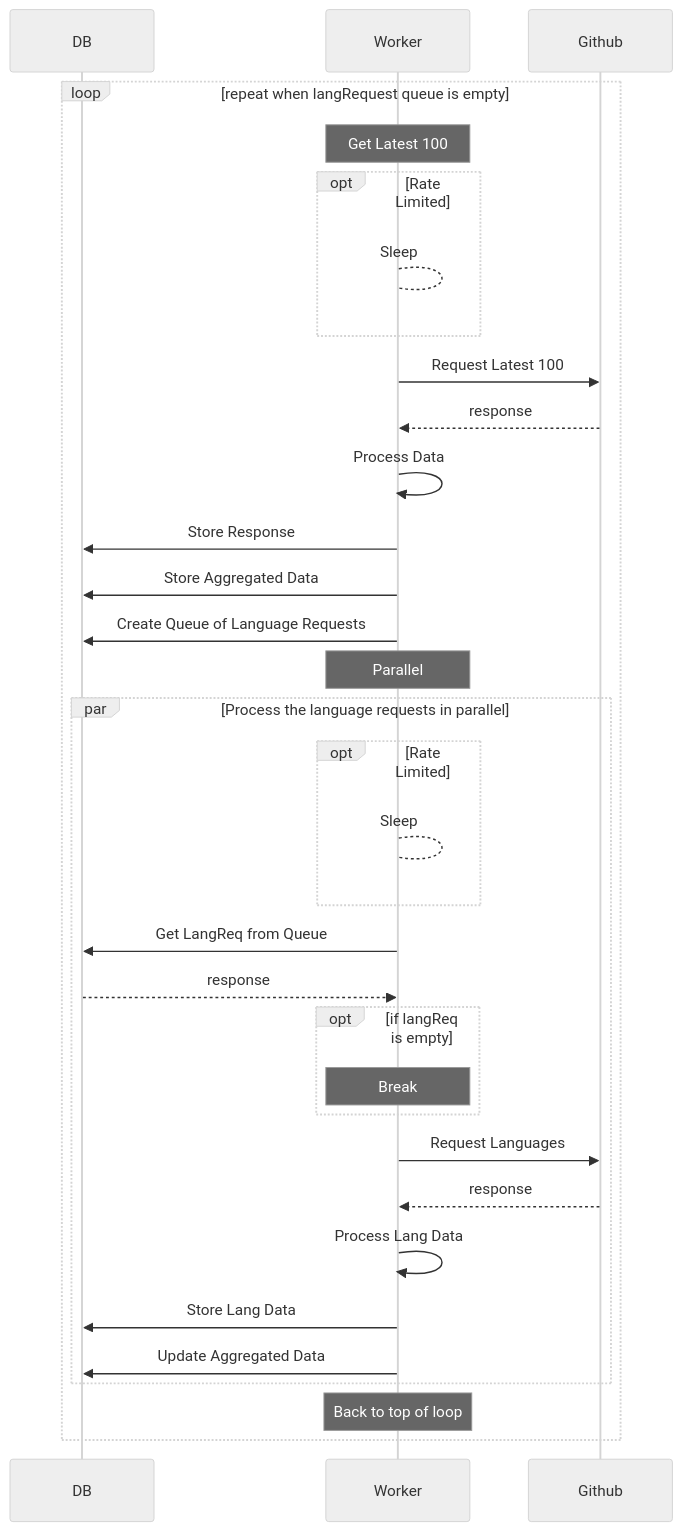
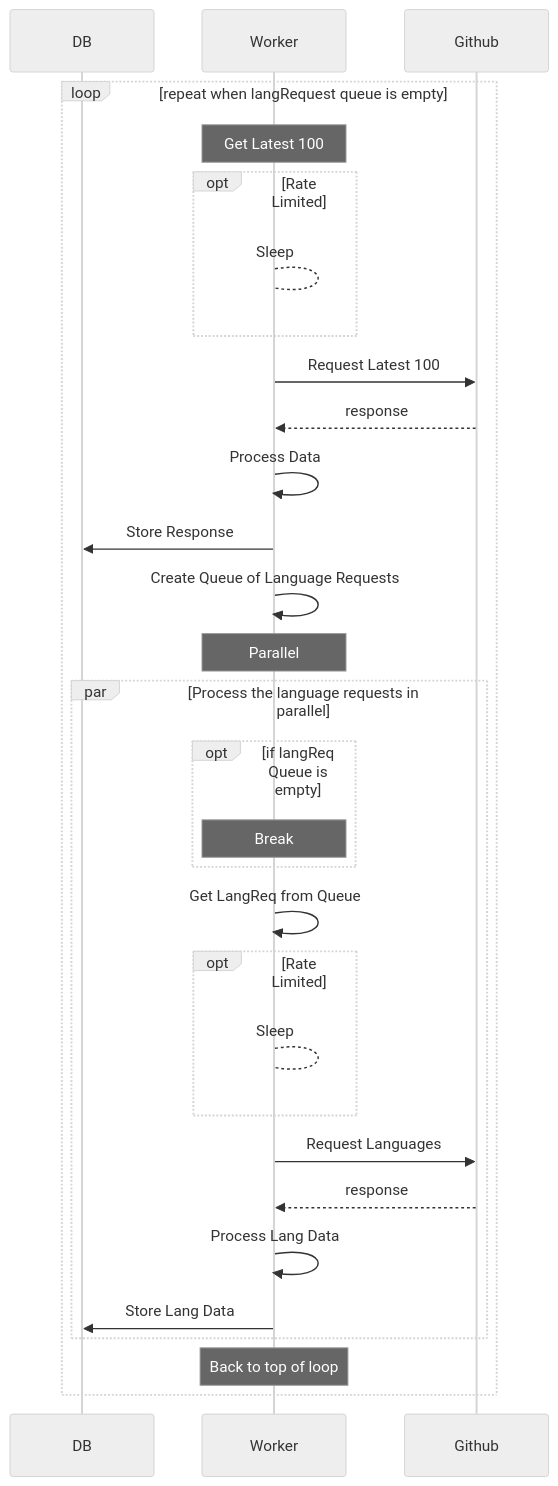
Before and after one commit to z3spinner/sclng-backend-test-v1: the second of 2 diagrams in README.md, drawn with Mermaid (neutral theme). The commit also changed other lines of this file, not shown here.

Commit message:
Corrections to README.md  - Language request queue is not stored in DB  - Pre-aggregated data is not stored in DB.

````diff
--- a/README.md
+++ b/README.md
@@ -395,44 +394,38 @@
 ```mermaid
 sequenceDiagram
     participant DB
     participant W as Worker
     participant G as Github
 
     loop repeat when langRequest queue is empty
         note over W: Get Latest 100
-    %%    W->>DB: Get: X-RateLimit-Remaining
-    %%    DB-->>W: response
 
         opt Rate Limited
             W --> W: Sleep
         end
         W ->> G: Request Latest 100
         G -->> W: response
-    %%    W-->>DB: update X-RateLimit-*
         W ->> W: Process Data
         W ->> DB: Store Response
-        W ->> DB: Store Aggregated Data
-        W ->> DB: Create Queue of Language Requests
+        W ->> W: Create Queue of Language Requests
         note over W: Parallel
         par Process the language requests in parallel
-        %%    W->>DB: Get: Rate-Limit-Remaining
-        %%    DB-->>W: response
+            opt if langReq Queue is empty
+                note over W: Break
+            end
+
+            W ->> W: Get LangReq from Queue
             opt Rate Limited
                 W --> W: Sleep
             end
-            W ->> DB: Get LangReq from Queue
-            DB -->> W: response
-            opt if langReq is empty
-                note over W: Break
-            end
             W ->> G: Request Languages
             G -->> W: response
+            
             W ->> W: Process Lang Data
             W ->> DB: Store Lang Data
-            W ->> DB: Update Aggregated Data
         end
 
         note over W: Back to top of loop
 
     end
 ```
````
